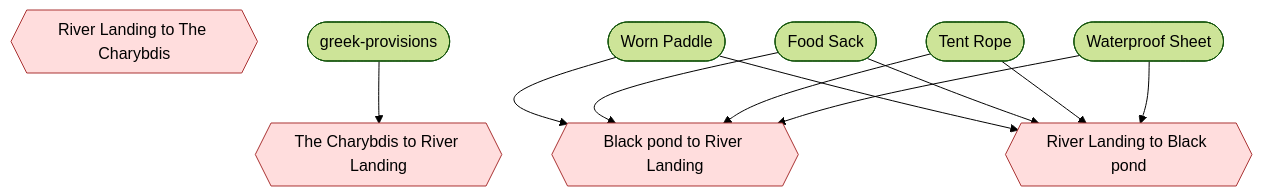
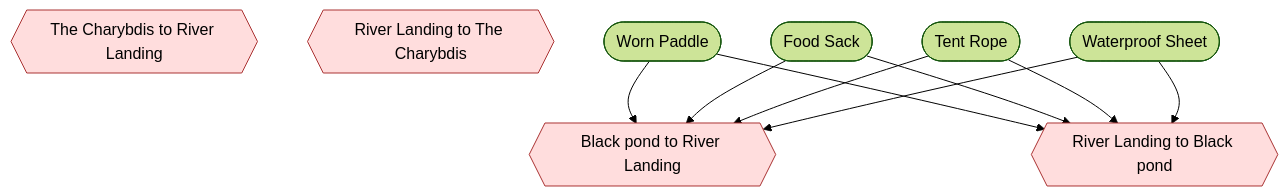
One commit to cenetex/cosyworld changed the second of 2 diagrams in docs/maps/willows.md. Above: the diagram before and after it, drawn with Mermaid (forest theme). The commit also changed other lines of this file and 23 other files, not shown here.

````diff
--- a/docs/maps/willows.md
+++ b/docs/maps/willows.md
@@ -36,23 +36,21 @@
 ```mermaid
 flowchart TD
   n_crossing_greek_ship_willows_landing{{"The Charybdis to River Landing"}}
   n_crossing_pond_willows_landing{{"Black pond to River Landing"}}
   n_crossing_willows_landing_greek_ship{{"River Landing to The Charybdis"}}
   n_crossing_willows_landing_pond{{"River Landing to Black pond"}}
-  n_item_greek_provisions(["greek-provisions"])
   n_item_willows_paddle(["Worn Paddle"])
   n_item_willows_provisions(["Food Sack"])
   n_item_willows_rope(["Tent Rope"])
   n_item_willows_sheet(["Waterproof Sheet"])
-  n_item_greek_provisions --> n_crossing_greek_ship_willows_landing
   n_item_willows_paddle --> n_crossing_pond_willows_landing
   n_item_willows_paddle --> n_crossing_willows_landing_pond
   n_item_willows_provisions --> n_crossing_pond_willows_landing
   n_item_willows_provisions --> n_crossing_willows_landing_pond
   n_item_willows_rope --> n_crossing_pond_willows_landing
   n_item_willows_rope --> n_crossing_willows_landing_pond
   n_item_willows_sheet --> n_crossing_pond_willows_landing
   n_item_willows_sheet --> n_crossing_willows_landing_pond
   classDef gate fill:#fdd,stroke:#a33
   class n_crossing_greek_ship_willows_landing,n_crossing_pond_willows_landing,n_crossing_willows_landing_greek_ship,n_crossing_willows_landing_pond gate
 ```
````
